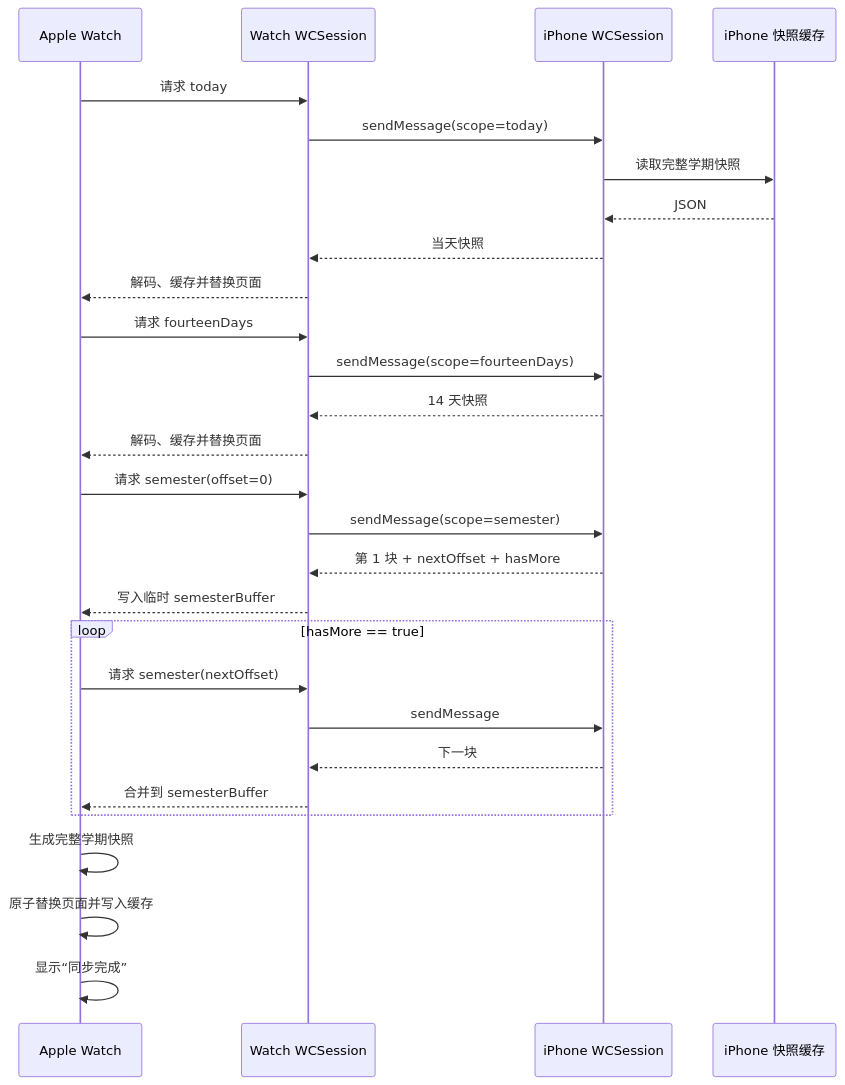
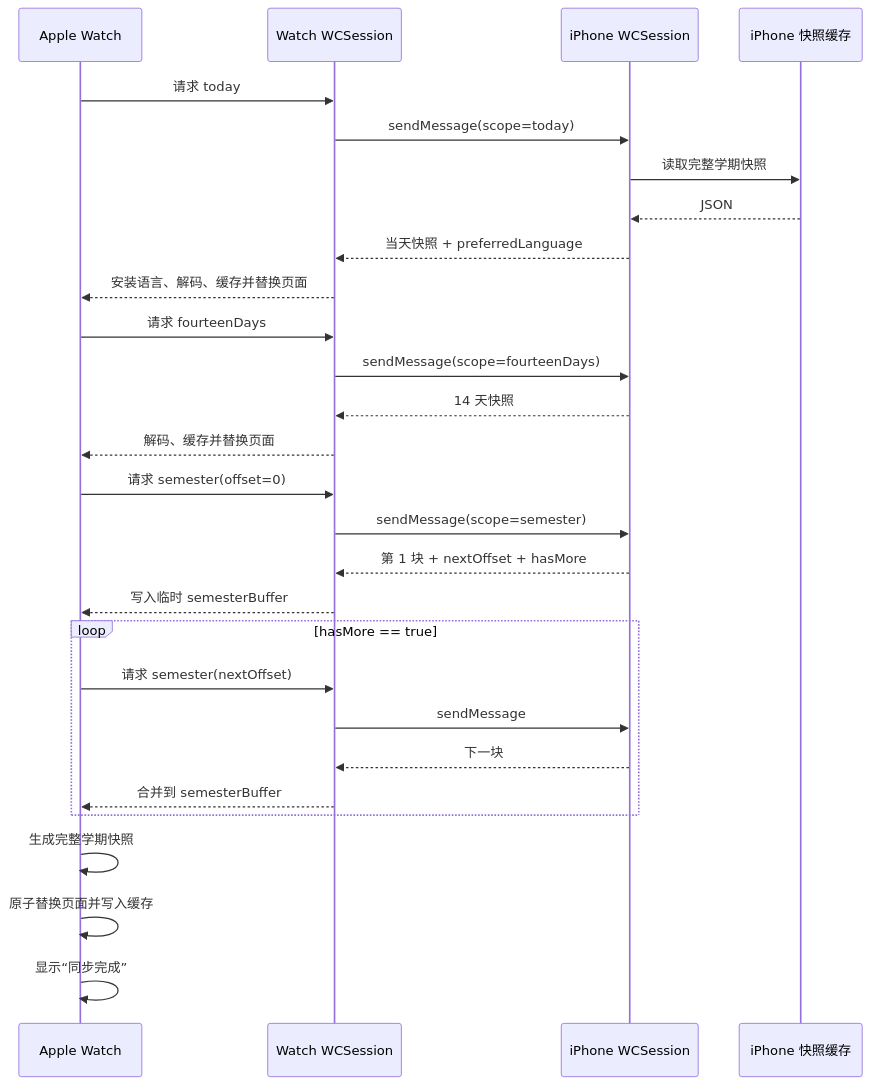
The second of 3 diagrams in docs/apple_watch_technical_overview.md (BenderBlog/traintime_pda), drawn with Mermaid before and after one commit. The commit also changed other lines of this file, not shown here.

````diff
--- a/docs/apple_watch_technical_overview.md
+++ b/docs/apple_watch_technical_overview.md
@@ -353,35 +394,35 @@
 ```mermaid
 sequenceDiagram
     participant W as Apple Watch
     participant WC as Watch WCSession
     participant PC as iPhone WCSession
     participant P as iPhone 快照缓存
 
     W->>WC: 请求 today
     WC->>PC: sendMessage(scope=today)
     PC->>P: 读取完整学期快照
     P-->>PC: JSON
-    PC-->>WC: 当天快照
-    WC-->>W: 解码、缓存并替换页面
+    PC-->>WC: 当天快照 + preferredLanguage
+    WC-->>W: 安装语言、解码、缓存并替换页面
 
     W->>WC: 请求 fourteenDays
     WC->>PC: sendMessage(scope=fourteenDays)
     PC-->>WC: 14 天快照
     WC-->>W: 解码、缓存并替换页面
 
     W->>WC: 请求 semester(offset=0)
     WC->>PC: sendMessage(scope=semester)
     PC-->>WC: 第 1 块 + nextOffset + hasMore
     WC-->>W: 写入临时 semesterBuffer
 
     loop hasMore == true
         W->>WC: 请求 semester(nextOffset)
         WC->>PC: sendMessage
         PC-->>WC: 下一块
         WC-->>W: 合并到 semesterBuffer
     end
 
     W->>W: 生成完整学期快照
     W->>W: 原子替换页面并写入缓存
     W->>W: 显示“同步完成”
 ```
````
